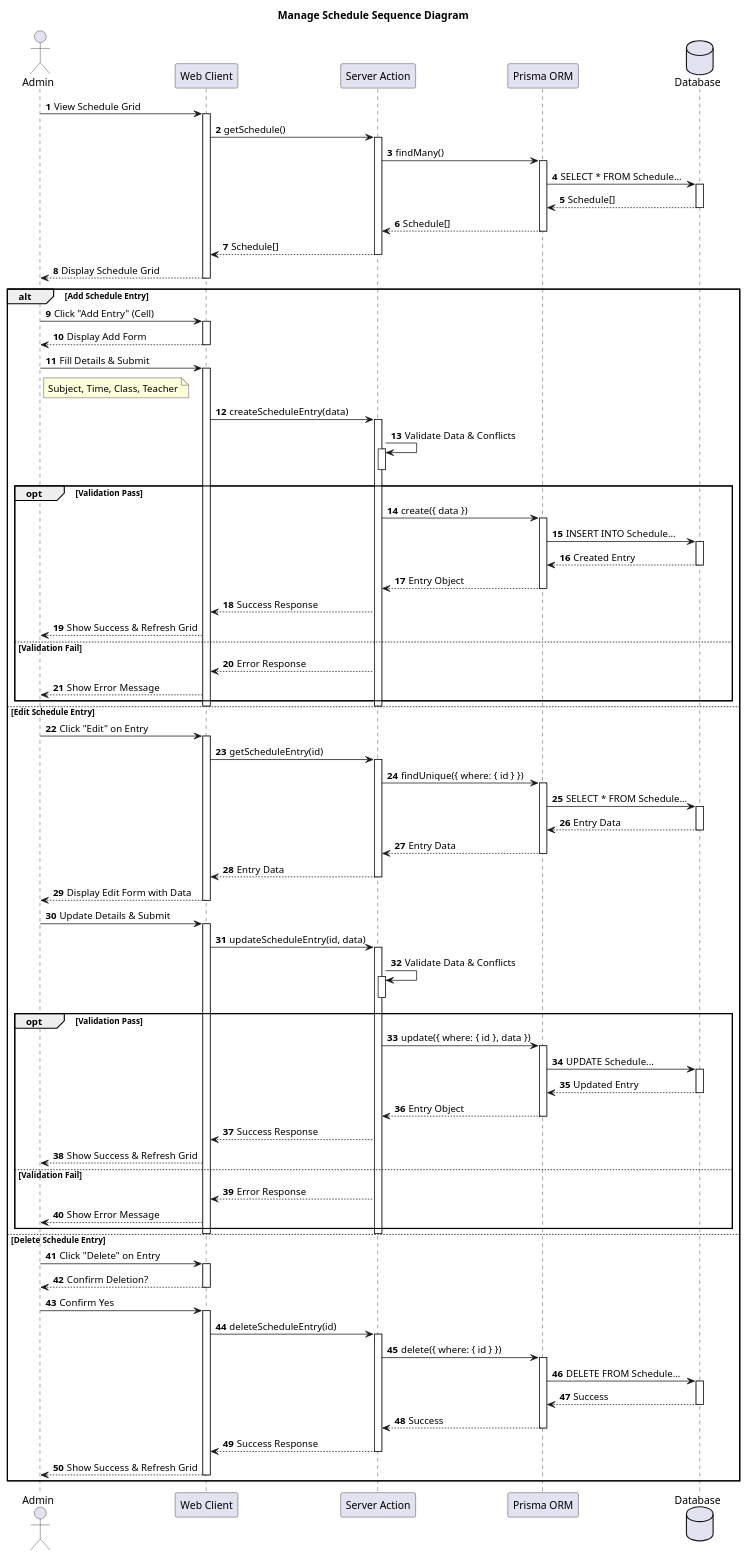
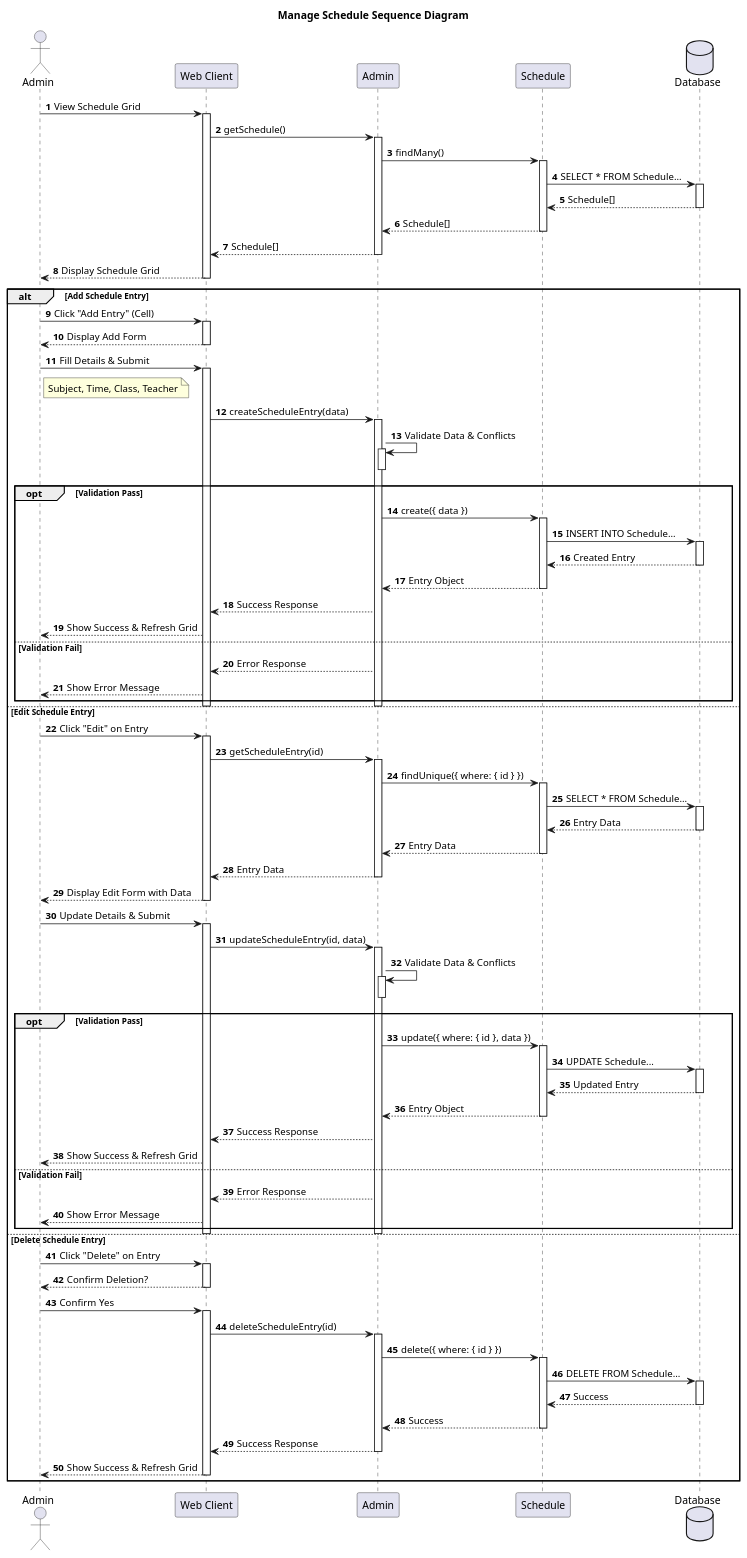
The diagram in design-summary/sequence-diagram/sequence-diagram-admin-manage-schedule.puml (rafifgpt21-ai/jalms), drawn with PlantUML before and after one commit. The commit also changed 36 other files, not shown here.

```diff
--- a/design-summary/sequence-diagram/sequence-diagram-admin-manage-schedule.puml
+++ b/design-summary/sequence-diagram/sequence-diagram-admin-manage-schedule.puml
@@ -1,132 +1,132 @@
 @startuml
 title Manage Schedule Sequence Diagram
 autonumber
 
 actor "Admin" as Admin
-participant "Web Client" as UI
-participant "Server Action" as Action
-participant "Prisma ORM" as Prisma
-database "Database" as DB
+participant "Web Client" as Client
+participant "Admin" as AdminClass
+participant "Schedule" as Schedule
+database "Database" as Database
 
 ' View Schedule Flow
-Admin -> UI: View Schedule Grid
-activate UI
-UI -> Action: getSchedule()
-activate Action
-Action -> Prisma: findMany()
-activate Prisma
-Prisma -> DB: SELECT * FROM Schedule...
-activate DB
-DB --> Prisma: Schedule[]
-deactivate DB
-Prisma --> Action: Schedule[]
-deactivate Prisma
-Action --> UI: Schedule[]
-deactivate Action
-UI --> Admin: Display Schedule Grid
-deactivate UI
+Admin -> Client: View Schedule Grid
+activate Client
+Client -> AdminClass: getSchedule()
+activate AdminClass
+AdminClass -> Schedule: findMany()
+activate Schedule
+Schedule -> Database: SELECT * FROM Schedule...
+activate Database
+Database --> Schedule: Schedule[]
+deactivate Database
+Schedule --> AdminClass: Schedule[]
+deactivate Schedule
+AdminClass --> Client: Schedule[]
+deactivate AdminClass
+Client --> Admin: Display Schedule Grid
+deactivate Client
 
 ' User Action Choices
 alt Add Schedule Entry
-    Admin -> UI: Click "Add Entry" (Cell)
-    activate UI
-    UI --> Admin: Display Add Form
-    deactivate UI
+    Admin -> Client: Click "Add Entry" (Cell)
+    activate Client
+    Client --> Admin: Display Add Form
+    deactivate Client
 
-    Admin -> UI: Fill Details & Submit
-    activate UI
+    Admin -> Client: Fill Details & Submit
+    activate Client
     note right of Admin: Subject, Time, Class, Teacher
 
-    UI -> Action: createScheduleEntry(data)
-    activate Action
-    Action -> Action: Validate Data & Conflicts
-    activate Action
-    deactivate Action
+    Client -> AdminClass: createScheduleEntry(data)
+    activate AdminClass
+    AdminClass -> AdminClass: Validate Data & Conflicts
+    activate AdminClass
+    deactivate AdminClass
 
     opt Validation Pass
-        Action -> Prisma: create({ data })
-        activate Prisma
-        Prisma -> DB: INSERT INTO Schedule...
-        activate DB
-        DB --> Prisma: Created Entry
-        deactivate DB
-        Prisma --> Action: Entry Object
-        deactivate Prisma
-        Action --> UI: Success Response
-        UI --> Admin: Show Success & Refresh Grid
+        AdminClass -> Schedule: create({ data })
+        activate Schedule
+        Schedule -> Database: INSERT INTO Schedule...
+        activate Database
+        Database --> Schedule: Created Entry
+        deactivate Database
+        Schedule --> AdminClass: Entry Object
+        deactivate Schedule
+        AdminClass --> Client: Success Response
+        Client --> Admin: Show Success & Refresh Grid
     else Validation Fail
-        Action --> UI: Error Response
-        UI --> Admin: Show Error Message
+        AdminClass --> Client: Error Response
+        Client --> Admin: Show Error Message
     end
-    deactivate Action
-    deactivate UI
+    deactivate AdminClass
+    deactivate Client
 
 else Edit Schedule Entry
-    Admin -> UI: Click "Edit" on Entry
-    activate UI
-    UI -> Action: getScheduleEntry(id)
-    activate Action
-    Action -> Prisma: findUnique({ where: { id } })
-    activate Prisma
-    Prisma -> DB: SELECT * FROM Schedule...
-    activate DB
-    DB --> Prisma: Entry Data
-    deactivate DB
-    Prisma --> Action: Entry Data
-    deactivate Prisma
-    Action --> UI: Entry Data
-    deactivate Action
-    UI --> Admin: Display Edit Form with Data
-    deactivate UI
+    Admin -> Client: Click "Edit" on Entry
+    activate Client
+    Client -> AdminClass: getScheduleEntry(id)
+    activate AdminClass
+    AdminClass -> Schedule: findUnique({ where: { id } })
+    activate Schedule
+    Schedule -> Database: SELECT * FROM Schedule...
+    activate Database
+    Database --> Schedule: Entry Data
+    deactivate Database
+    Schedule --> AdminClass: Entry Data
+    deactivate Schedule
+    AdminClass --> Client: Entry Data
+    deactivate AdminClass
+    Client --> Admin: Display Edit Form with Data
+    deactivate Client
 
-    Admin -> UI: Update Details & Submit
-    activate UI
-    UI -> Action: updateScheduleEntry(id, data)
-    activate Action
-    Action -> Action: Validate Data & Conflicts
-    activate Action
-    deactivate Action
+    Admin -> Client: Update Details & Submit
+    activate Client
+    Client -> AdminClass: updateScheduleEntry(id, data)
+    activate AdminClass
+    AdminClass -> AdminClass: Validate Data & Conflicts
+    activate AdminClass
+    deactivate AdminClass
 
     opt Validation Pass
-        Action -> Prisma: update({ where: { id }, data })
-        activate Prisma
-        Prisma -> DB: UPDATE Schedule...
-        activate DB
-        DB --> Prisma: Updated Entry
-        deactivate DB
-        Prisma --> Action: Entry Object
-        deactivate Prisma
-        Action --> UI: Success Response
-        UI --> Admin: Show Success & Refresh Grid
+        AdminClass -> Schedule: update({ where: { id }, data })
+        activate Schedule
+        Schedule -> Database: UPDATE Schedule...
+        activate Database
+        Database --> Schedule: Updated Entry
+        deactivate Database
+        Schedule --> AdminClass: Entry Object
+        deactivate Schedule
+        AdminClass --> Client: Success Response
+        Client --> Admin: Show Success & Refresh Grid
     else Validation Fail
-        Action --> UI: Error Response
-        UI --> Admin: Show Error Message
+        AdminClass --> Client: Error Response
+        Client --> Admin: Show Error Message
     end
-    deactivate Action
-    deactivate UI
+    deactivate AdminClass
+    deactivate Client
 
 else Delete Schedule Entry
-    Admin -> UI: Click "Delete" on Entry
-    activate UI
-    UI --> Admin: Confirm Deletion?
-    deactivate UI
+    Admin -> Client: Click "Delete" on Entry
+    activate Client
+    Client --> Admin: Confirm Deletion?
+    deactivate Client
     
-    Admin -> UI: Confirm Yes
-    activate UI
-    UI -> Action: deleteScheduleEntry(id)
-    activate Action
-    Action -> Prisma: delete({ where: { id } })
-    activate Prisma
-    Prisma -> DB: DELETE FROM Schedule...
-    activate DB
-    DB --> Prisma: Success
-    deactivate DB
-    Prisma --> Action: Success
-    deactivate Prisma
-    Action --> UI: Success Response
-    deactivate Action
-    UI --> Admin: Show Success & Refresh Grid
-    deactivate UI
+    Admin -> Client: Confirm Yes
+    activate Client
+    Client -> AdminClass: deleteScheduleEntry(id)
+    activate AdminClass
+    AdminClass -> Schedule: delete({ where: { id } })
+    activate Schedule
+    Schedule -> Database: DELETE FROM Schedule...
+    activate Database
+    Database --> Schedule: Success
+    deactivate Database
+    Schedule --> AdminClass: Success
+    deactivate Schedule
+    AdminClass --> Client: Success Response
+    deactivate AdminClass
+    Client --> Admin: Show Success & Refresh Grid
+    deactivate Client
 end
 
 @enduml
```
